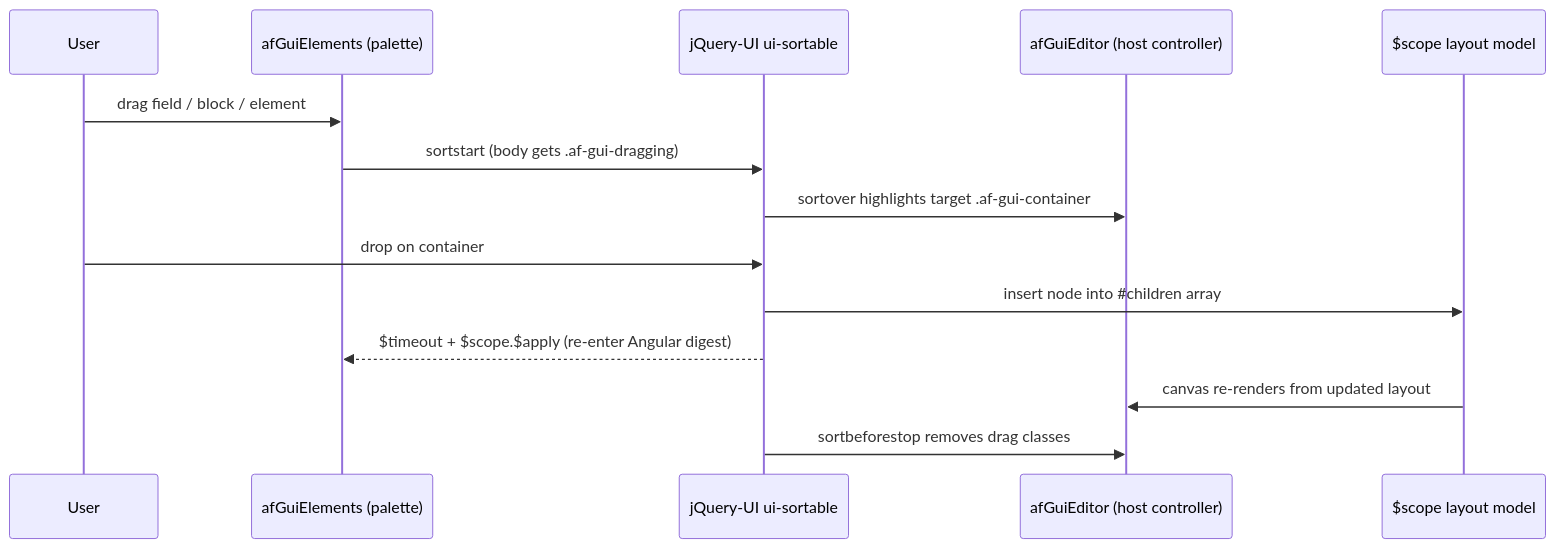
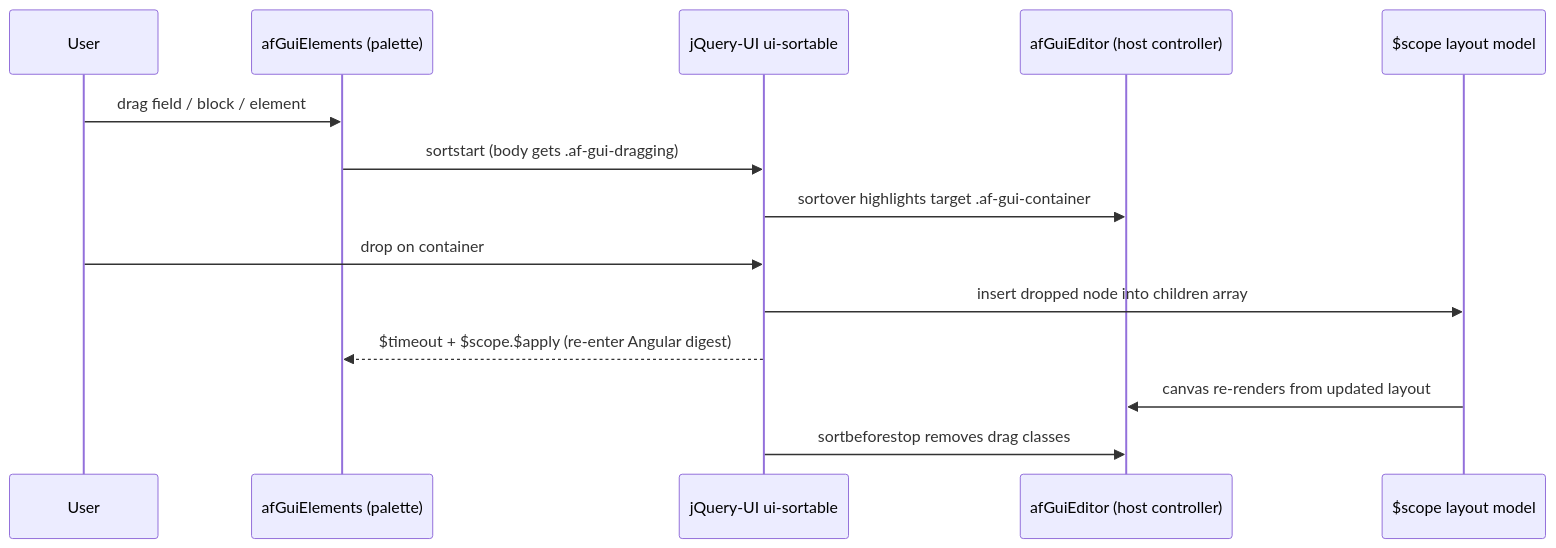
One commit to blitzy-public-samples/blitzy-civicrm-core changed the first of 2 diagrams in ext/afform/admin/README.md. Above: the diagram before and after it, drawn with Mermaid. The commit also changed other lines of this file and 1 other file, not shown here.

````diff
--- a/ext/afform/admin/README.md
+++ b/ext/afform/admin/README.md
@@ -95,16 +96,16 @@
 ```mermaid
 sequenceDiagram
     participant U as User
     participant P as afGuiElements (palette)
     participant S as jQuery-UI ui-sortable
     participant E as afGuiEditor (host controller)
     participant M as $scope layout model
     U->>P: drag field / block / element
     P->>S: sortstart (body gets .af-gui-dragging)
     S->>E: sortover highlights target .af-gui-container
     U->>S: drop on container
-    S->>M: insert node into #35;children array
+    S->>M: insert dropped node into children array
     S-->>P: $timeout + $scope.$apply (re-enter Angular digest)
     M->>E: canvas re-renders from updated layout
     S->>E: sortbeforestop removes drag classes
 ```
````
